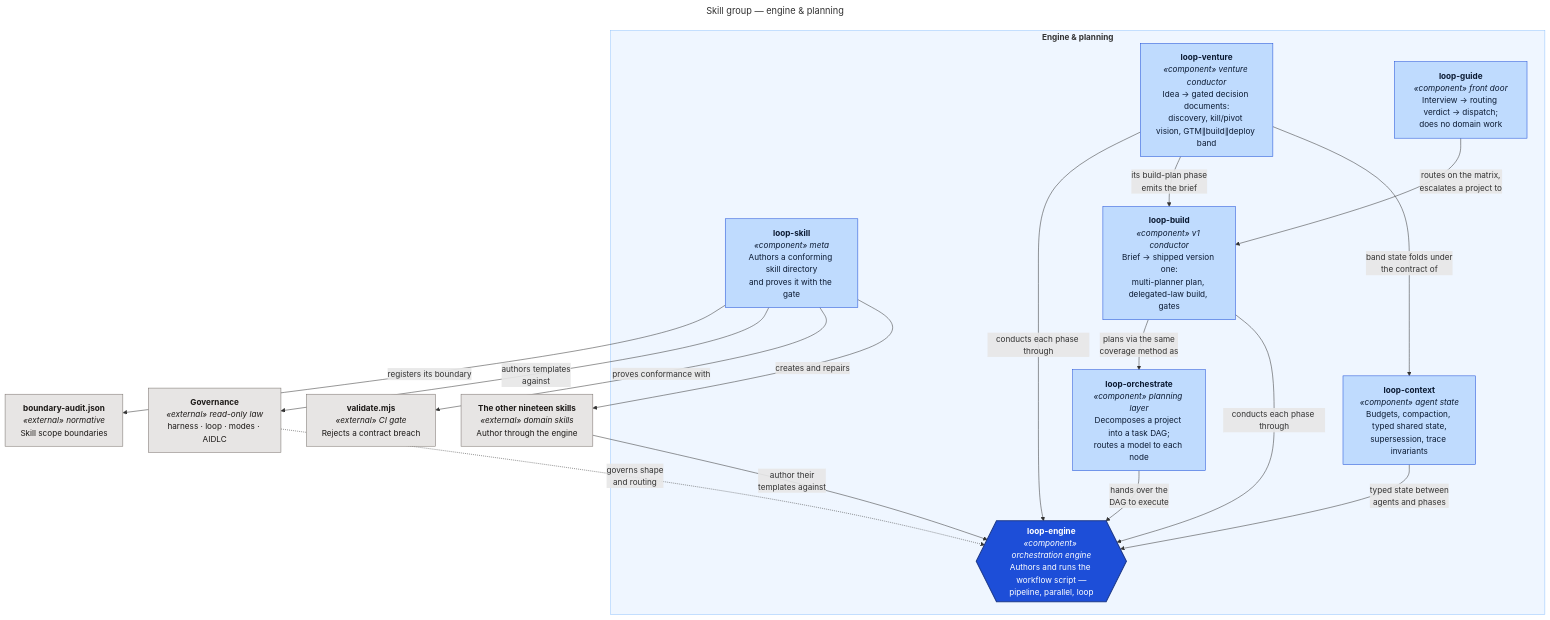
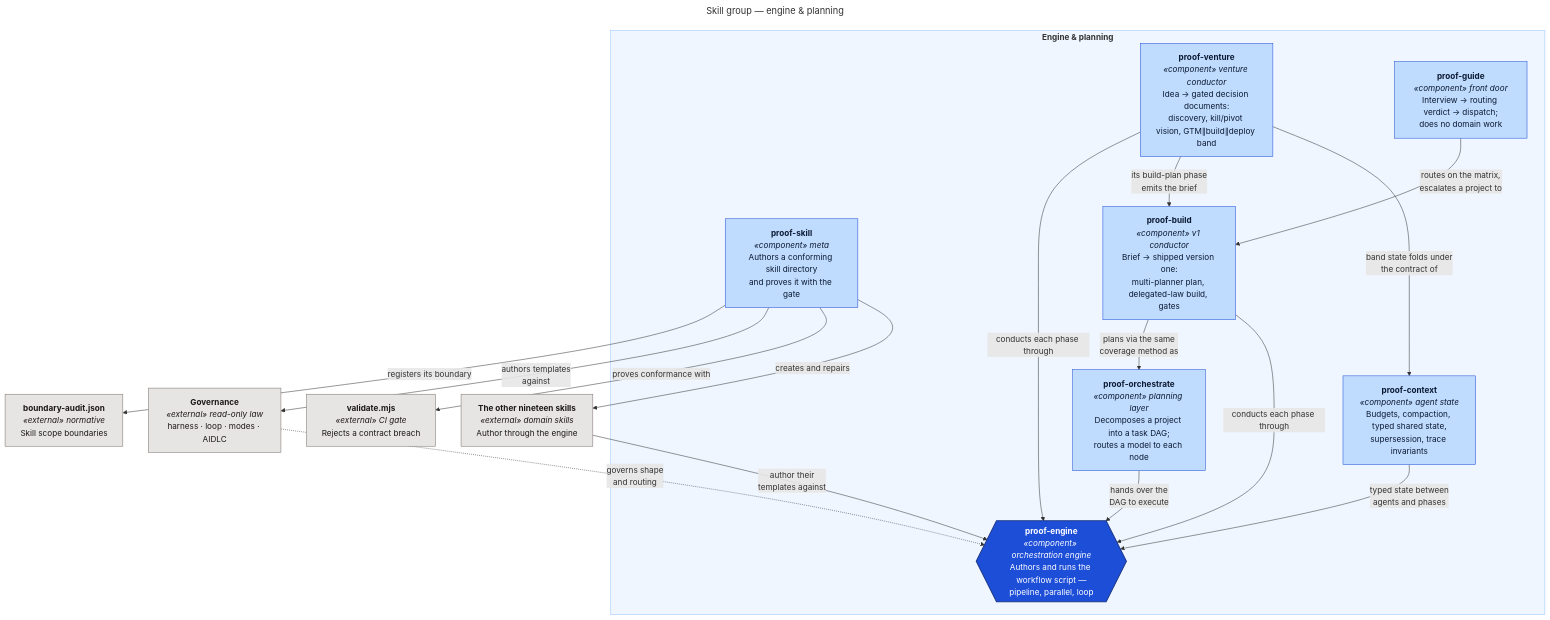
One commit to santapong/Proof changed the diagram in docs/c4/diagrams/src/skills-engine-planning.mmd. Above: the diagram before and after it, drawn with Mermaid. The commit also changed 462 other files, not shown here.

Commit message:
feat: align Proof skill names and developer onboarding

```diff
--- a/docs/c4/diagrams/src/skills-engine-planning.mmd
+++ b/docs/c4/diagrams/src/skills-engine-planning.mmd
@@ -1,41 +1,41 @@
 ---
 title: "Skill group — engine & planning"
 ---
 flowchart TB
     subgraph g["<b>Engine &amp; planning</b>"]
-        eng{{"<b>loop-engine</b><br/><i>«component» orchestration engine</i><br/>Authors and runs the workflow script —<br/>pipeline, parallel, loop"}}
-        orch["<b>loop-orchestrate</b><br/><i>«component» planning layer</i><br/>Decomposes a project into a task DAG;<br/>routes a model to each node"]
-        mk["<b>loop-skill</b><br/><i>«component» meta</i><br/>Authors a conforming skill directory<br/>and proves it with the gate"]
-        build["<b>loop-build</b><br/><i>«component» v1 conductor</i><br/>Brief → shipped version one:<br/>multi-planner plan, delegated-law build, gates"]
-        vent["<b>loop-venture</b><br/><i>«component» venture conductor</i><br/>Idea → gated decision documents:<br/>discovery, kill/pivot vision, GTM∥build∥deploy band"]
-        ctx["<b>loop-context</b><br/><i>«component» agent state</i><br/>Budgets, compaction, typed shared state,<br/>supersession, trace invariants"]
-        guide["<b>loop-guide</b><br/><i>«component» front door</i><br/>Interview → routing verdict → dispatch;<br/>does no domain work"]
+        eng{{"<b>proof-engine</b><br/><i>«component» orchestration engine</i><br/>Authors and runs the workflow script —<br/>pipeline, parallel, loop"}}
+        orch["<b>proof-orchestrate</b><br/><i>«component» planning layer</i><br/>Decomposes a project into a task DAG;<br/>routes a model to each node"]
+        mk["<b>proof-skill</b><br/><i>«component» meta</i><br/>Authors a conforming skill directory<br/>and proves it with the gate"]
+        build["<b>proof-build</b><br/><i>«component» v1 conductor</i><br/>Brief → shipped version one:<br/>multi-planner plan, delegated-law build, gates"]
+        vent["<b>proof-venture</b><br/><i>«component» venture conductor</i><br/>Idea → gated decision documents:<br/>discovery, kill/pivot vision, GTM∥build∥deploy band"]
+        ctx["<b>proof-context</b><br/><i>«component» agent state</i><br/>Budgets, compaction, typed shared state,<br/>supersession, trace invariants"]
+        guide["<b>proof-guide</b><br/><i>«component» front door</i><br/>Interview → routing verdict → dispatch;<br/>does no domain work"]
     end
 
     law["<b>Governance</b><br/><i>«external» read-only law</i><br/>harness · loop · modes · AIDLC"]
     audit["<b>boundary-audit.json</b><br/><i>«external» normative</i><br/>Skill scope boundaries"]
     gate["<b>validate.mjs</b><br/><i>«external» CI gate</i><br/>Rejects a contract breach"]
     all["<b>The other nineteen skills</b><br/><i>«external» domain skills</i><br/>Author through the engine"]
 
     law -. "governs shape<br/>and routing" .-> eng
     orch -- "hands over the<br/>DAG to execute" --> eng
     all -- "author their<br/>templates against" --> eng
     mk -- "registers its boundary" --> audit
     mk -- "authors templates<br/>against" --> law
     mk -- "proves conformance with" --> gate
     mk -- "creates and repairs" --> all
     build -- "plans via the same<br/>coverage method as" --> orch
     build -- "conducts each phase through" --> eng
     vent -- "conducts each phase through" --> eng
     vent -- "its build-plan phase<br/>emits the brief" --> build
     vent -- "band state folds under<br/>the contract of" --> ctx
     ctx -- "typed state between<br/>agents and phases" --> eng
     guide -- "routes on the matrix,<br/>escalates a project to" --> build
 
     classDef component fill:#BFDBFE,stroke:#1D4ED8,color:#0C1B33
     classDef extc fill:#E7E5E4,stroke:#78716C,color:#1C1917
     classDef engine fill:#1D4ED8,stroke:#1E3A8A,stroke-width:2px,color:#FFFFFF
     class eng engine
     class orch,mk,build,vent,ctx,guide component
     class law,audit,gate,all extc
     style g fill:#EFF6FF,stroke:#93C5FD
```
